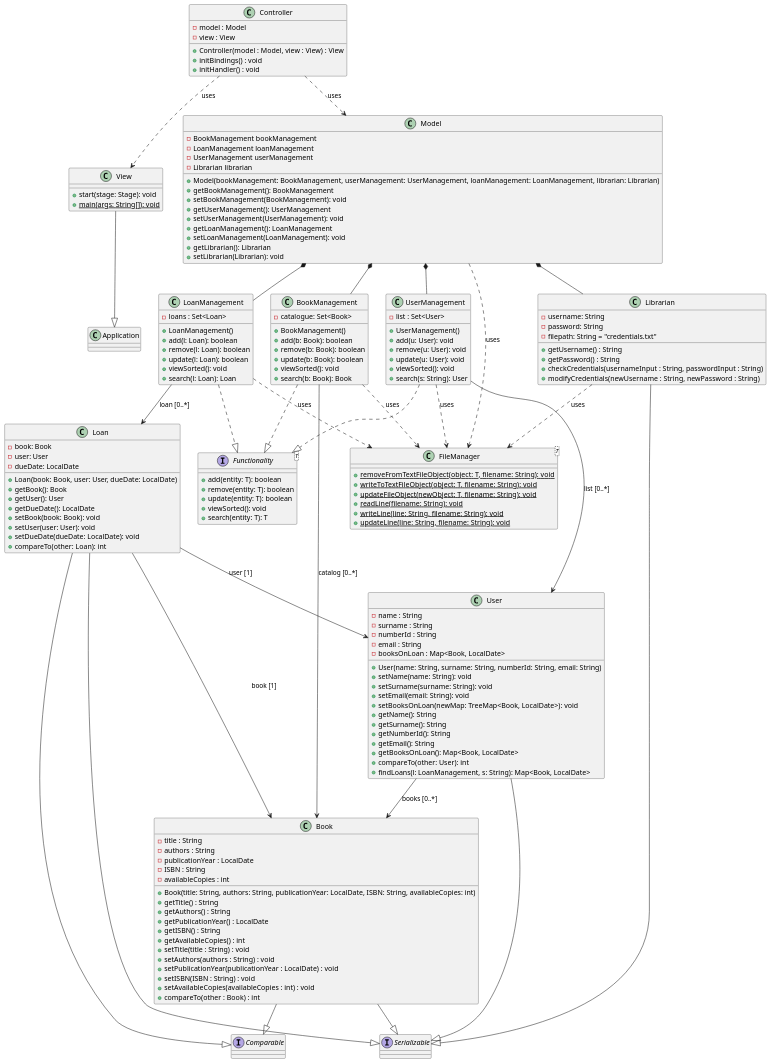
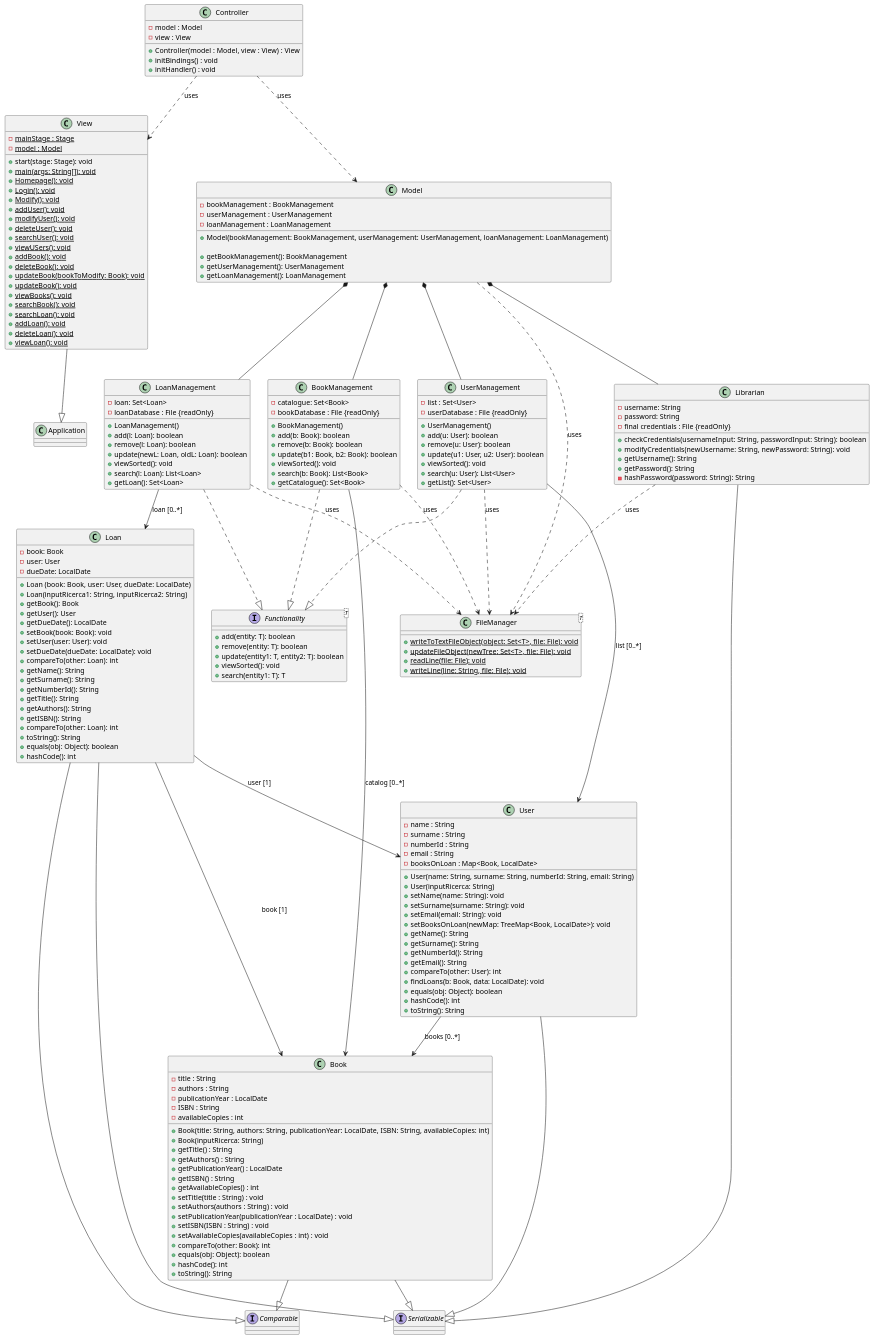
One commit to brunooliva7/Project-Ingegneria-del-Software14 changed the diagram in gruppo14BibliotecaUniversitaria/uml/Class.puml. Above: the diagram before and after it, drawn with PlantUML.

Commit message:
Merge origin/master
Conflicts:
	gruppo14BibliotecaUniversitaria/src/main/java/it/unisa/diem/oop/gruppo14bibliotecauniversitaria/view/View.java

```diff
--- a/gruppo14BibliotecaUniversitaria/uml/Class.puml
+++ b/gruppo14BibliotecaUniversitaria/uml/Class.puml
@@ -6,8 +6,34 @@
 class Application 
 
 class View {
-  + start(stage: Stage): void
-  + main(args: String[]): void {static}
+  ' Campi Statici (Stato)
+    - mainStage : Stage {static}
+    - model : Model {static}
+    ' Metodi del Ciclo di Vita (JavaFX)
+    + start(stage: Stage): void
+    + main(args: String[]): void {static}
+    ' Metodi di Navigazione Principali 
+    + Homepage(): void {static}
+    + Login(): void {static}
+    + Modify(): void {static}
+    ' Metodi di Navigazione per la Gestione UTENTI
+    + addUser(): void {static}
+    + modifyUser(): void {static}
+    + deleteUser(): void {static}
+    + searchUser(): void {static}
+    + viewUSers(): void {static}
+    ' Metodi di Navigazione per la Gestione LIBRI
+    + addBook(): void {static}
+    + deleteBook(): void {static}
+    + updateBook(bookToModify: Book): void {static}
+    + updateBook(): void {static}
+    + viewBooks(): void {static}
+    + searchBook(): void {static}
+    ' Metodi di Navigazione per la Gestione PRESTITI
+    + searchLoan(): void {static}
+    + addLoan(): void {static}
+    + deleteLoan(): void {static}
+    + viewLoan(): void {static}
 }
 
 class Controller {
@@ -19,131 +45,190 @@
 }
 
 class Model {
-  - BookManagement bookManagement
-  - LoanManagement loanManagement
-  - UserManagement userManagement
-  - Librarian librarian
-  + Model(bookManagement: BookManagement, userManagement: UserManagement, loanManagement: LoanManagement, librarian: Librarian)
-  + getBookManagement(): BookManagement
-  + setBookManagement(BookManagement): void
-  + getUserManagement(): UserManagement
-  + setUserManagement(UserManagement): void
-  + getLoanManagement(): LoanManagement
-  + setLoanManagement(LoanManagement): void
-  + getLibrarian(): Librarian
-  + setLibrarian(Librarian): void
+  ' Campi (Attributi)
+    - bookManagement : BookManagement
+    - userManagement :  UserManagement 
+    - loanManagement : LoanManagement 
+    
+    ' Costruttori
+    + Model(bookManagement: BookManagement, userManagement: UserManagement, loanManagement: LoanManagement)
+    
+    ' Metodi Getter
+    + getBookManagement(): BookManagement
+    + getUserManagement(): UserManagement
+    + getLoanManagement(): LoanManagement
 }
 
 class Librarian {
   - username: String
   - password: String
-  - filepath: String = "credentials.txt"
-  + getUsername() : String
-  + getPassword() : String
-  + checkCredentials(usernameInput : String, passwordInput : String)
-  + modifyCredentials(newUsername : String, newPassword : String)
+  - final credentials : File {readOnly}
+    
+    ' Metodi Pubblici
+    + checkCredentials(usernameInput: String, passwordInput: String): boolean
+    + modifyCredentials(newUsername: String, newPassword: String): void
+    + getUsername(): String
+    + getPassword(): String
+    
+    ' Metodo Privato (Funzione di Utilità)
+    - hashPassword(password: String): String
 }
 
 class User {
+  ' Attributi (Campi)
   - name : String
   - surname : String
   - numberId : String
   - email : String
   - booksOnLoan : Map<Book, LocalDate>
+  ' Costruttori
   + User(name: String, surname: String, numberId: String, email: String)
+  + User(inputRicerca: String)
+  ' Metodi Setter
   + setName(name: String): void
   + setSurname(surname: String): void
   + setEmail(email: String): void
   + setBooksOnLoan(newMap: TreeMap<Book, LocalDate>): void
+  ' Metodi Getter
   + getName(): String
   + getSurname(): String
   + getNumberId(): String
   + getEmail(): String
-  + getBooksOnLoan(): Map<Book, LocalDate>
+  ' Metodi di Utility e Interfaccia
   + compareTo(other: User): int
-  + findLoans(l: LoanManagement, s: String): Map<Book, LocalDate>
+  + findLoans(b: Book, data: LocalDate): void
+  + equals(obj: Object): boolean
+  + hashCode(): int
+  + toString(): String
 }
 
 class Book {
+  ' Attributi (Campi)
   - title : String
   - authors : String
   - publicationYear : LocalDate
   - ISBN : String
   - availableCopies : int
-  +Book(title: String, authors: String, publicationYear: LocalDate, ISBN: String, availableCopies: int)
+  ' Costruttori
+  + Book(title: String, authors: String, publicationYear: LocalDate, ISBN: String, availableCopies: int)
+  + Book(inputRicerca: String)
+  ' Metodi Getter
   + getTitle() : String
   + getAuthors() : String
   + getPublicationYear() : LocalDate
   + getISBN() : String
   + getAvailableCopies() : int
+  ' Metodi Setter
   + setTitle(title : String) : void
   + setAuthors(authors : String) : void
   + setPublicationYear(publicationYear : LocalDate) : void
   + setISBN(ISBN : String) : void
   + setAvailableCopies(availableCopies : int) : void
-  +compareTo(other : Book) : int
+  ' Metodi di Utility e Interfaccia
+  + compareTo(other: Book): int
+  + equals(obj: Object): boolean
+  + hashCode(): int
+  + toString(): String
 }
 
 class Loan {
+  ' Attributi (Campi)
   - book: Book
   - user: User
   - dueDate: LocalDate
-  + Loan(book: Book, user: User, dueDate: LocalDate)
+  ' Costruttori
+  + Loan (book: Book, user: User, dueDate: LocalDate)
+  + Loan(inputRicerca1: String, inputRicerca2: String)
+  ' Metodi Getter
   + getBook(): Book
   + getUser(): User
   + getDueDate(): LocalDate
+  ' Metodi Setter
   + setBook(book: Book): void
   + setUser(user: User): void
   + setDueDate(dueDate: LocalDate): void
   + compareTo(other: Loan): int
+  ' Metodi Proxy/TableView (Accesso ai dati interni per FXML)
+  + getName(): String
+  + getSurname(): String
+  + getNumberId(): String
+  + getTitle(): String
+  + getAuthors(): String
+  + getISBN(): String
+  ' Metodi di Utility e Interfaccia
+  + compareTo(other: Loan): int
+  + toString(): String
+  + equals(obj: Object): boolean
+  + hashCode(): int
 }
 
 interface Functionality<T> {
   + add(entity: T): boolean
   + remove(entity: T): boolean
-  + update(entity: T): boolean
+  + update(entity1: T, entity2: T): boolean
   + viewSorted(): void
-  + search(entity: T): T
+  + search(entity1: T): T
 }
 
 class BookManagement {
+  ' Attributi (Campi)
   - catalogue: Set<Book>
+  - bookDatabase : File {readOnly}
+  ' Costruttori
   + BookManagement()
+  ' Metodi Pubblici (Implementazione Functionality)
   + add(b: Book): boolean
   + remove(b: Book): boolean
-  + update(b: Book): boolean
+  + update(b1: Book, b2: Book): boolean
   + viewSorted(): void
-  + search(b: Book): Book
+  + search(b: Book): List<Book>
+  ' Metodi Getter
+  + getCatalogue(): Set<Book>
 }
 
 class LoanManagement {
-  - loans : Set<Loan>
+  ' Attributi (Campi)
+  - loan: Set<Loan>
+  - loanDatabase : File {readOnly}
+  ' Costruttori
   + LoanManagement()
+  ' Metodi Pubblici (Implementazione Functionality)
   + add(l: Loan): boolean
   + remove(l: Loan): boolean
-  + update(l: Loan): boolean
+  + update(newL: Loan, oldL: Loan): boolean
   + viewSorted(): void
-  + search(l: Loan): Loan
+  + search(l: Loan): List<Loan>
+  ' Metodi Getter
+  + getLoan(): Set<Loan>
 }
 
 class UserManagement {
+  ' Attributi (Campi)
   - list : Set<User> 
+  - userDatabase : File {readOnly}
+  ' Costruttori
   + UserManagement()
-  + add(u: User): void
-  + remove(u: User): void
-  + update(u: User): void
+  ' Metodi Pubblici (Implementazione Functionality)
+  + add(u: User): boolean
+  + remove(u: User): boolean
+  + update(u1: User, u2: User): boolean
   + viewSorted(): void
-  + search(s: String): User
+  + search(u: User): List<User>
+  ' Metodi Getter
+  + getList(): Set<User>
 }
 
 class FileManager<T> {
-  + removeFromTextFileObject(object: T, filename: String): void {static}
-  + writeToTextFileObject(object: T, filename: String): void {static}
-  + updateFileObject(newObject: T, filename: String): void{static}
-  + readLine(filename: String): void{static}
-  + writeLine(line: String, filename: String): void{static}
-  + updateLine(line: String, filename: String): void{static}
+  ' Metodi per I/O di Oggetti Serializzati (File Binari: .dat)
+  + {static} writeToTextFileObject(object: Set<T>, file: File): void
+  + {static} updateFileObject(newTree: Set<T>, file: File): void
+    
+  ' Metodi per I/O Testuale (File di Testo: .txt)
+  + {static} readLine(file: File): void
+  + {static} writeLine(line: String, file: File): void
 }
+
+
 
 ' === Ereditarietà e implementazione ===
 View --|> Application
```
